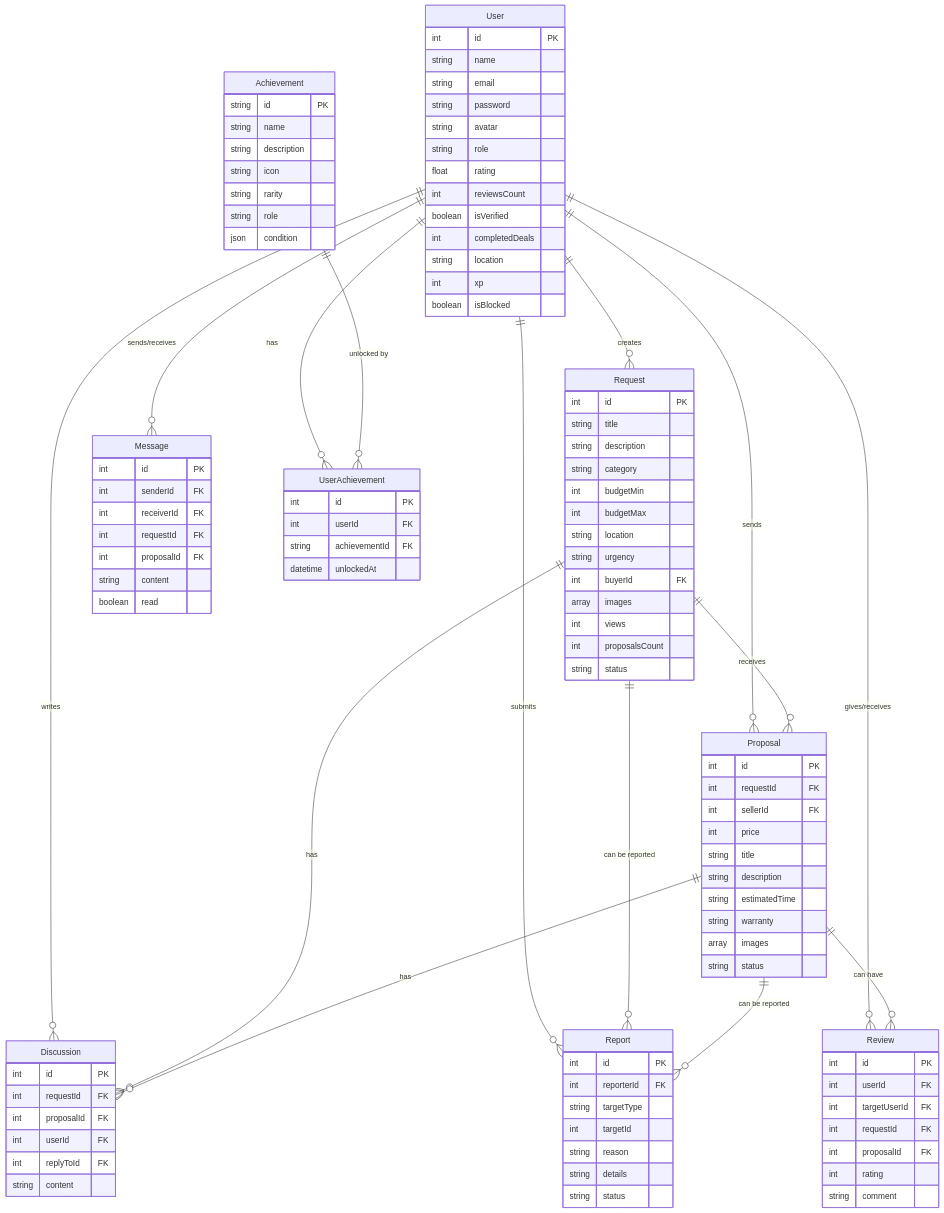
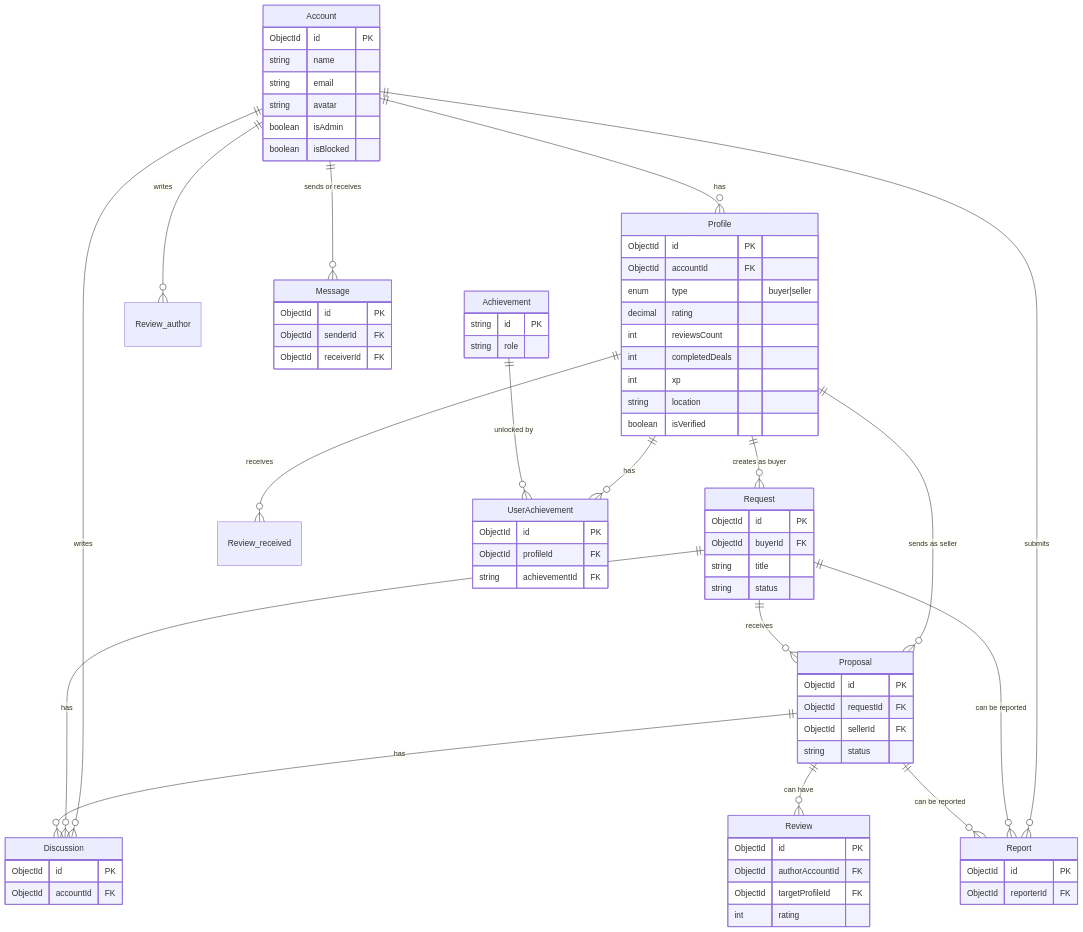
Before and after one commit to AndriiMelnikk/hochu_nest: the diagram in docs/02-entities.md, drawn with Mermaid. The commit also changed other lines of this file and 19 other files, not shown here.

First line of the commit message:
feat(auth): finalize account/profile refactor and update docs

````diff
--- a/docs/02-entities.md
+++ b/docs/02-entities.md
@@ -206,12 +206,14 @@
 ```mermaid
 erDiagram
-    User ||--o{ Request : creates
-    User ||--o{ Proposal : sends
-    User ||--o{ Review : "gives/receives"
-    User ||--o{ Message : "sends/receives"
-    User ||--o{ Discussion : writes
-    User ||--o{ Report : submits
-    User ||--o{ UserAchievement : has
+    Account ||--o{ Profile : has
+    Profile ||--o{ Request : "creates as buyer"
+    Profile ||--o{ Proposal : "sends as seller"
+    Account ||--o{ Review_author : "writes"
+    Profile ||--o{ Review_received : "receives"
+    Account ||--o{ Message : "sends or receives"
+    Account ||--o{ Discussion : writes
+    Account ||--o{ Report : submits
+    Profile ||--o{ UserAchievement : has
 
     Request ||--o{ Proposal : receives
     Request ||--o{ Discussion : has
@@ -223,104 +225,72 @@
 
     Achievement ||--o{ UserAchievement : "unlocked by"
 
+    Account {
+        ObjectId id PK
+        string name
+        string email
+        string avatar
+        boolean isAdmin
+        boolean isBlocked
+    }
+
+    Profile {
+        ObjectId id PK
+        ObjectId accountId FK
+        enum type "buyer|seller"
+        decimal rating
+        int reviewsCount
+        int completedDeals
+        int xp
+        string location
+        boolean isVerified
+    }
+
     Request {
-        int id PK
+        ObjectId id PK
+        ObjectId buyerId FK
         string title
-        string description
-        string category
-        int budgetMin
-        int budgetMax
-        string location
-        string urgency
-        int buyerId FK
-        array images
-        int views
-        int proposalsCount
         string status
     }
 
     Proposal {
-        int id PK
-        int requestId FK
-        int sellerId FK
-        int price
-        string title
-        string description
-        string estimatedTime
-        string warranty
-        array images
+        ObjectId id PK
+        ObjectId requestId FK
+        ObjectId sellerId FK
         string status
     }
 
-    User {
-        int id PK
-        string name
-        string email
-        string password
-        string avatar
-        string role
-        float rating
-        int reviewsCount
-        boolean isVerified
-        int completedDeals
-        string location
-        int xp
-        boolean isBlocked
-    }
-
     Review {
-        int id PK
-        int userId FK
-        int targetUserId FK
-        int requestId FK
-        int proposalId FK
+        ObjectId id PK
+        ObjectId authorAccountId FK
+        ObjectId targetProfileId FK
         int rating
-        string comment
     }
 
     Message {
-        int id PK
-        int senderId FK
-        int receiverId FK
-        int requestId FK
-        int proposalId FK
-        string content
-        boolean read
+        ObjectId id PK
+        ObjectId senderId FK
+        ObjectId receiverId FK
     }
 
     Discussion {
-        int id PK
-        int requestId FK
-        int proposalId FK
-        int userId FK
-        int replyToId FK
-        string content
+        ObjectId id PK
+        ObjectId accountId FK
     }
 
     Report {
-        int id PK
-        int reporterId FK
-        string targetType
-        int targetId
-        string reason
-        string details
-        string status
+        ObjectId id PK
+        ObjectId reporterId FK
     }
 
     Achievement {
         string id PK
-        string name
-        string description
-        string icon
-        string rarity
         string role
-        json condition
     }
 
     UserAchievement {
-        int id PK
-        int userId FK
+        ObjectId id PK
+        ObjectId profileId FK
         string achievementId FK
-        datetime unlockedAt
     }
 ```
````
